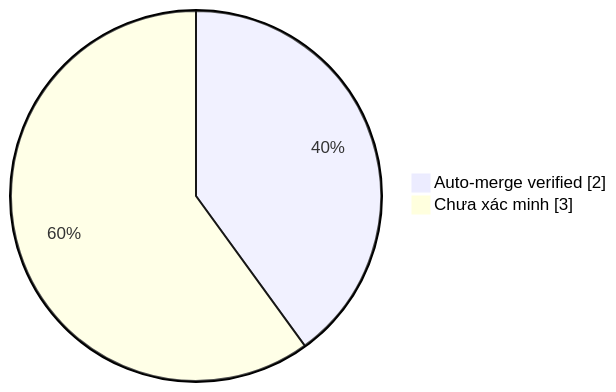
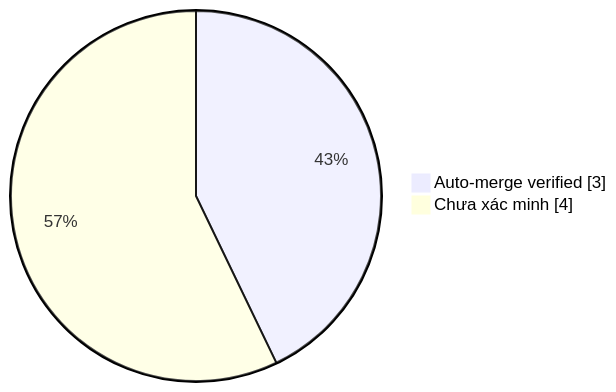
Before and after one commit to duykhang68/reddit-editor: the diagram in collector.md, drawn with Mermaid. The commit also changed other lines of this file and 1 other file, not shown here.

Commit message:
docs(collector): update auto-merge evidence dashboard

````diff
--- a/collector.md
+++ b/collector.md
@@ -22,5 +22,5 @@
 ```mermaid
 pie showData
-    "Auto-merge verified" : 2
-    "Chưa xác minh" : 3
+    "Auto-merge verified" : 3
+    "Chưa xác minh" : 4
 ```
````
